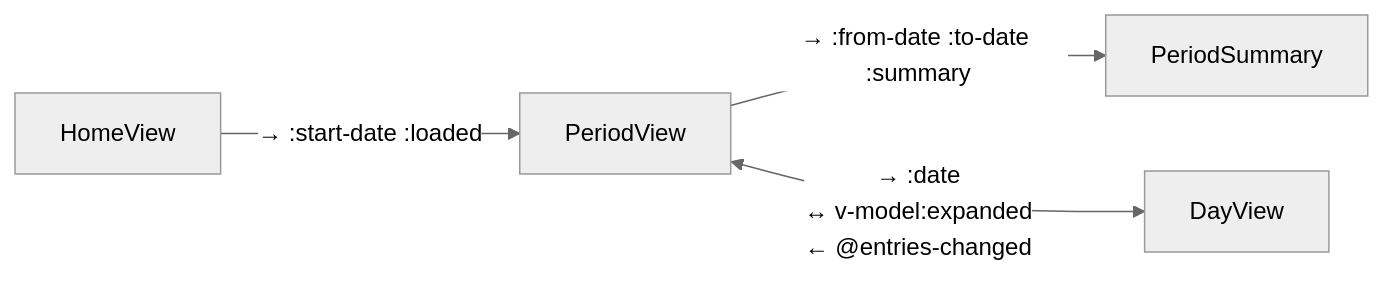
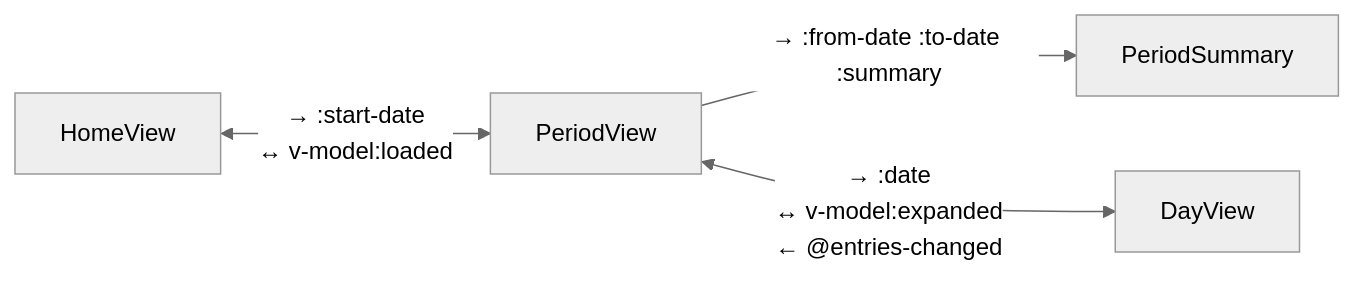
One commit to brieuc/dailyvue changed the seventh of 16 diagrams in docs/dependances.md. Above: the diagram before and after it, drawn with Mermaid (neutral theme). The commit also changed other lines of this file and 30 other files, not shown here.

````diff
--- a/docs/dependances.md
+++ b/docs/dependances.md
@@ -225,6 +226,6 @@
 ```mermaid
 flowchart LR
-    HomeView -->|"→ :start-date :loaded"| PeriodView
+    HomeView <-->|"→ :start-date<br/>↔ v-model:loaded"| PeriodView
     PeriodView -->|"→ :from-date :to-date :summary"| PeriodSummary
     PeriodView <-->|"→ :date<br/>↔ v-model:expanded<br/>← @entries-changed"| DayView
 ```
````
